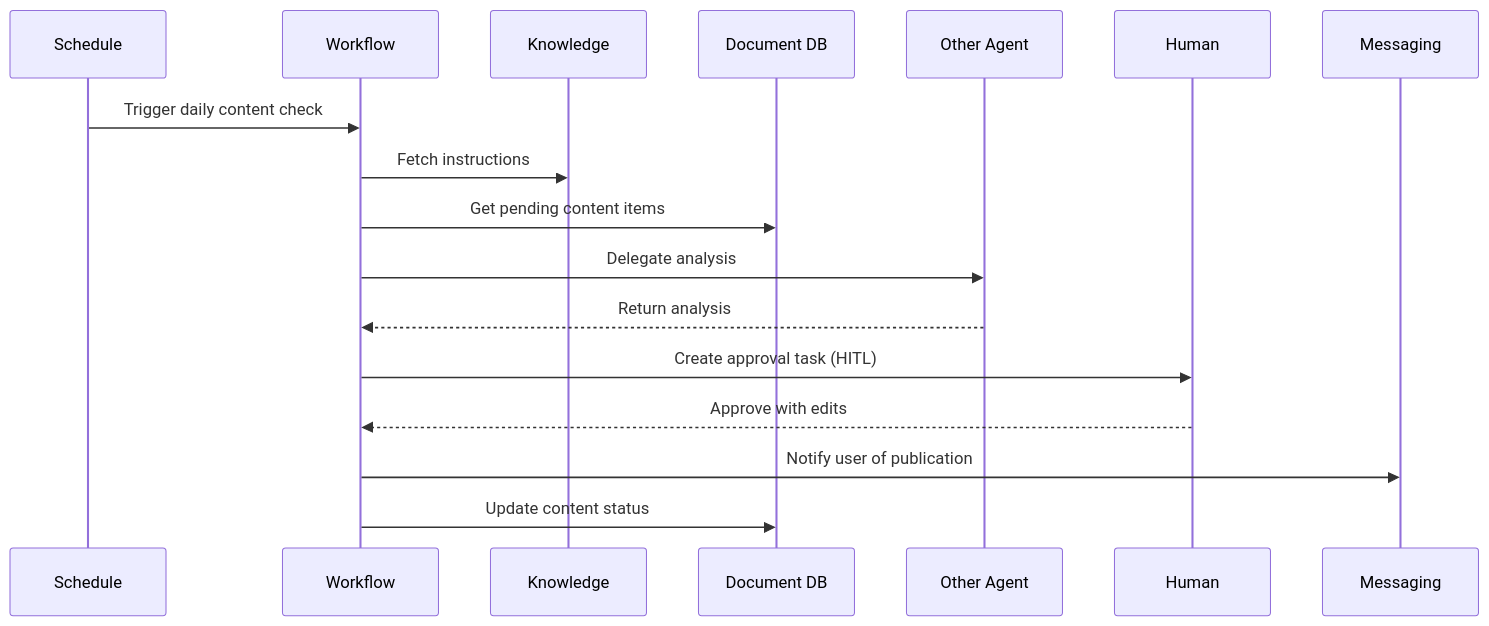
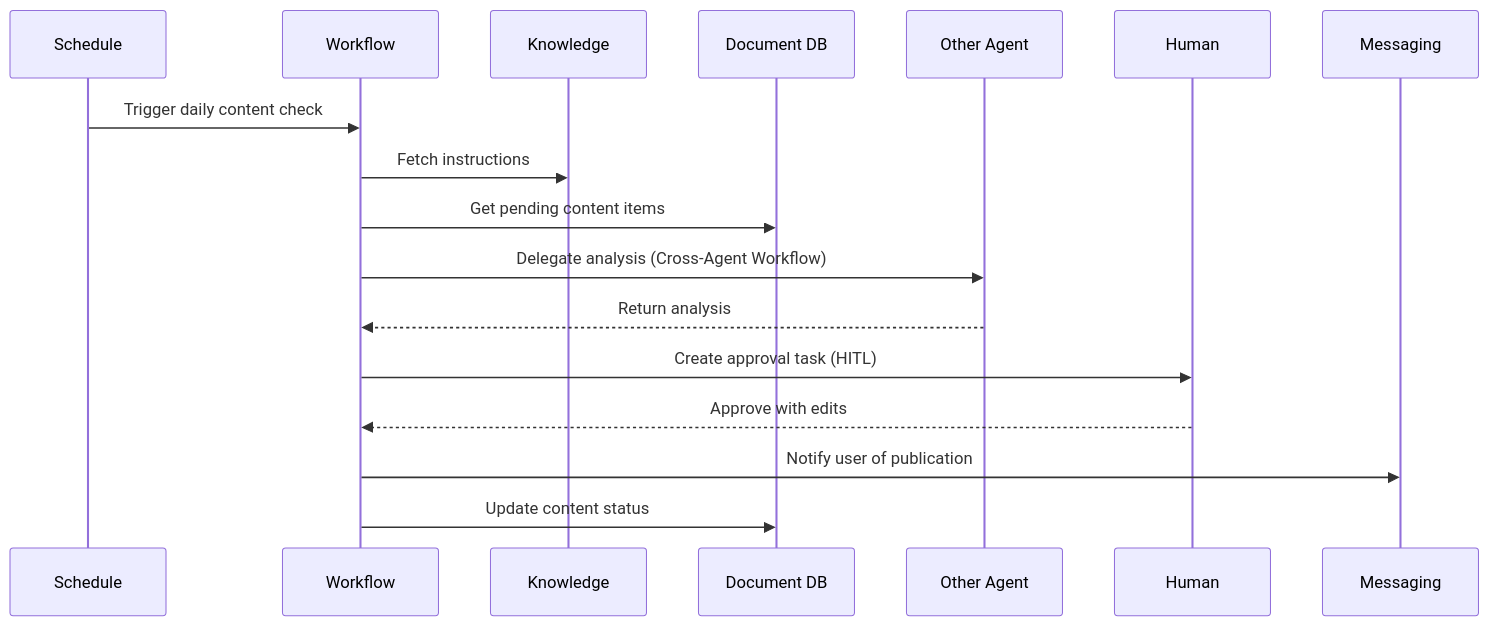
The second of 2 diagrams in docs/concepts/overview.md (XiansAiPlatform/XiansAi.Docs), drawn with Mermaid before and after one commit. The commit also changed other lines of this file and 4 other files, not shown here.

Commit message:
Update documentation to replace "A2A" terminology with "Cross-Agent Workflows" across multiple files, enhancing clarity on agent collaboration and workflow interactions. Revise diagrams and descriptions to reflect this change, ensuring consistency in terminology throughout the documentation.

````diff
--- a/docs/concepts/overview.md
+++ b/docs/concepts/overview.md
@@ -75,20 +74,20 @@
 ```mermaid
 sequenceDiagram
     participant S as Schedule
     participant W as Workflow
     participant K as Knowledge
     participant D as Document DB
-    participant A2A as Other Agent
+    participant O as Other Agent
     participant H as Human
     participant M as Messaging
 
     S->>W: Trigger daily content check
     W->>K: Fetch instructions
     W->>D: Get pending content items
-    W->>A2A: Delegate analysis
-    A2A-->>W: Return analysis
+    W->>O: Delegate analysis (Cross-Agent Workflow)
+    O-->>W: Return analysis
     W->>H: Create approval task (HITL)
     H-->>W: Approve with edits
     W->>M: Notify user of publication
     W->>D: Update content status
 ```
````
